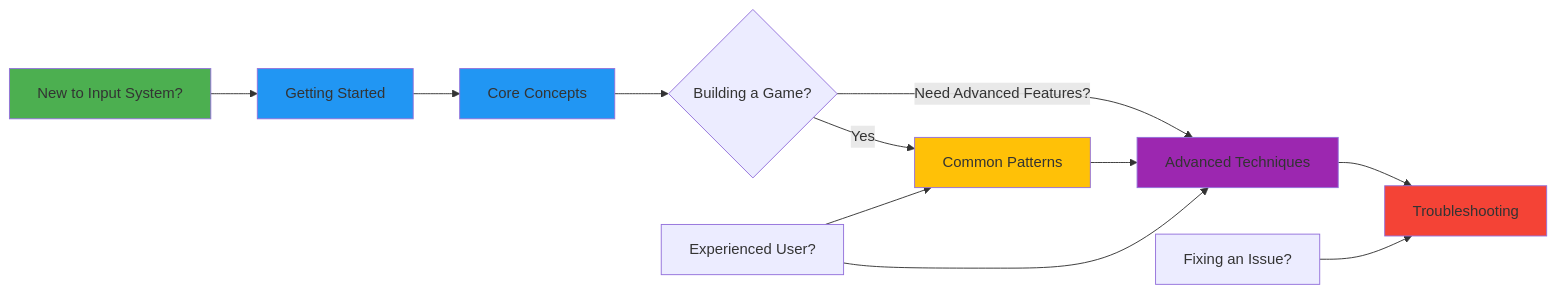
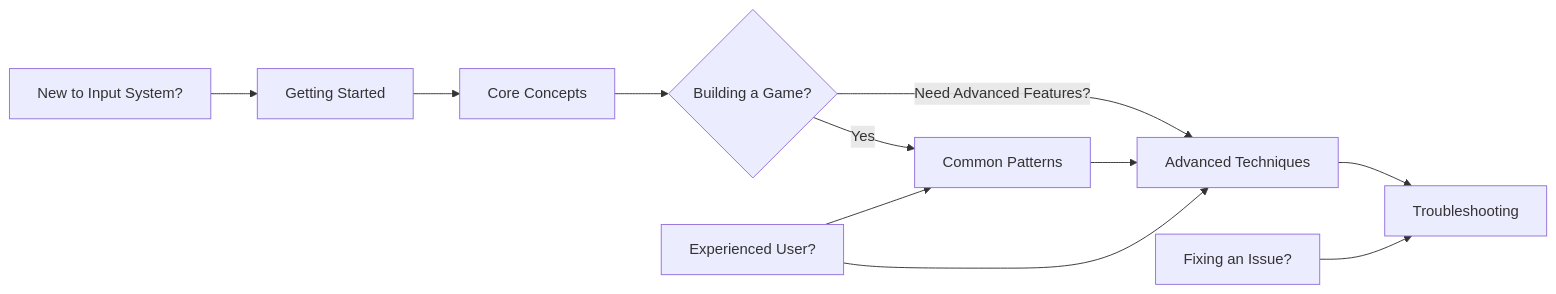
The diagram in docs/input-system/README.md (wallstop/unity-tips), drawn with Mermaid before and after one commit. The commit also changed 27 other files, not shown here.

Commit message:
Convert ASCII diagrams to Mermaid format (#30)

````diff
--- a/docs/input-system/README.md
+++ b/docs/input-system/README.md
@@ -183,22 +183,15 @@
 ```mermaid
 graph LR
     A[New to Input System?] --> B[Getting Started]
     B --> C[Core Concepts]
     C --> D{Building a Game?}
     D -->|Yes| E[Common Patterns]
     D -->|Need Advanced Features?| F[Advanced Techniques]
     E --> F
     F --> G[Troubleshooting]
 
     H[Experienced User?] --> E
     H --> F
 
     I[Fixing an Issue?] --> G
-
-    style A fill:#4CAF50
-    style B fill:#2196F3
-    style C fill:#2196F3
-    style E fill:#FFC107
-    style F fill:#9C27B0
-    style G fill:#F44336
 ```
````
